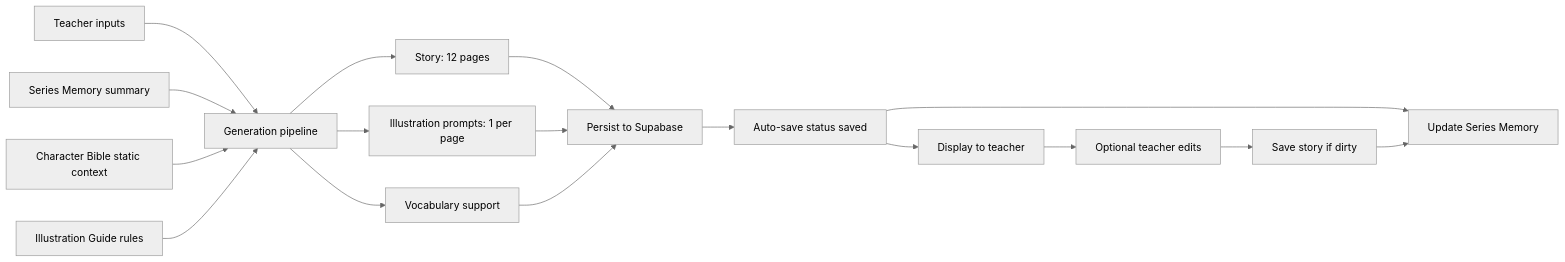
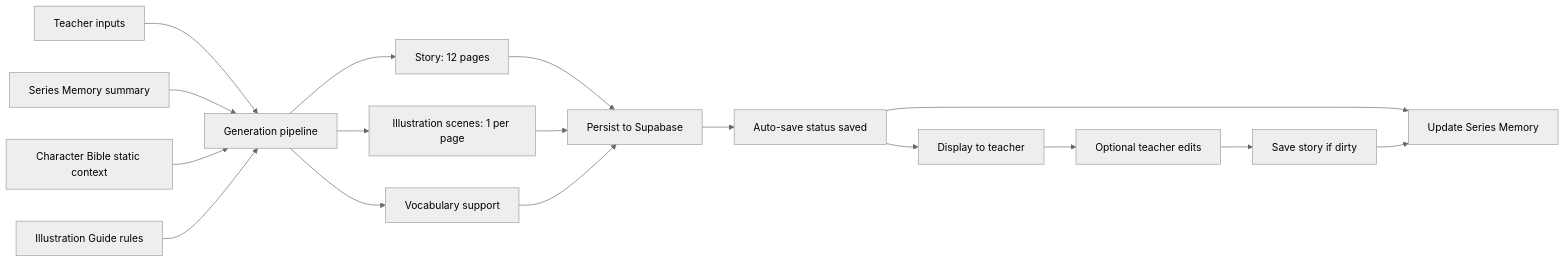
One commit to kisdreamteam/storygenv203 changed the third of 3 diagrams in docs/phase-b-architecture-map.md. Above: the diagram before and after it, drawn with Mermaid (neutral theme). The commit also changed other lines of this file and 20 other files, not shown here.

````diff
--- a/docs/phase-b-architecture-map.md
+++ b/docs/phase-b-architecture-map.md
@@ -303,19 +303,19 @@
 ```mermaid
 flowchart LR
     inputs[Teacher inputs] --> pipeline[Generation pipeline]
     memory[Series Memory summary] --> pipeline
     bible[Character Bible static context] --> pipeline
     illusGuide[Illustration Guide rules] --> pipeline
     pipeline --> storyGen[Story: 12 pages]
-    pipeline --> promptGen[Illustration prompts: 1 per page]
+    pipeline --> promptGen[Illustration scenes: 1 per page]
     pipeline --> vocabGen[Vocabulary support]
     storyGen --> persist[Persist to Supabase]
     promptGen --> persist
     vocabGen --> persist
     persist --> autoSave[Auto-save status saved]
     autoSave --> memoryUpdate[Update Series Memory]
     autoSave --> display[Display to teacher]
     display --> editAction[Optional teacher edits]
     editAction --> manualSave[Save story if dirty]
     manualSave --> memoryUpdate
 ```
````
